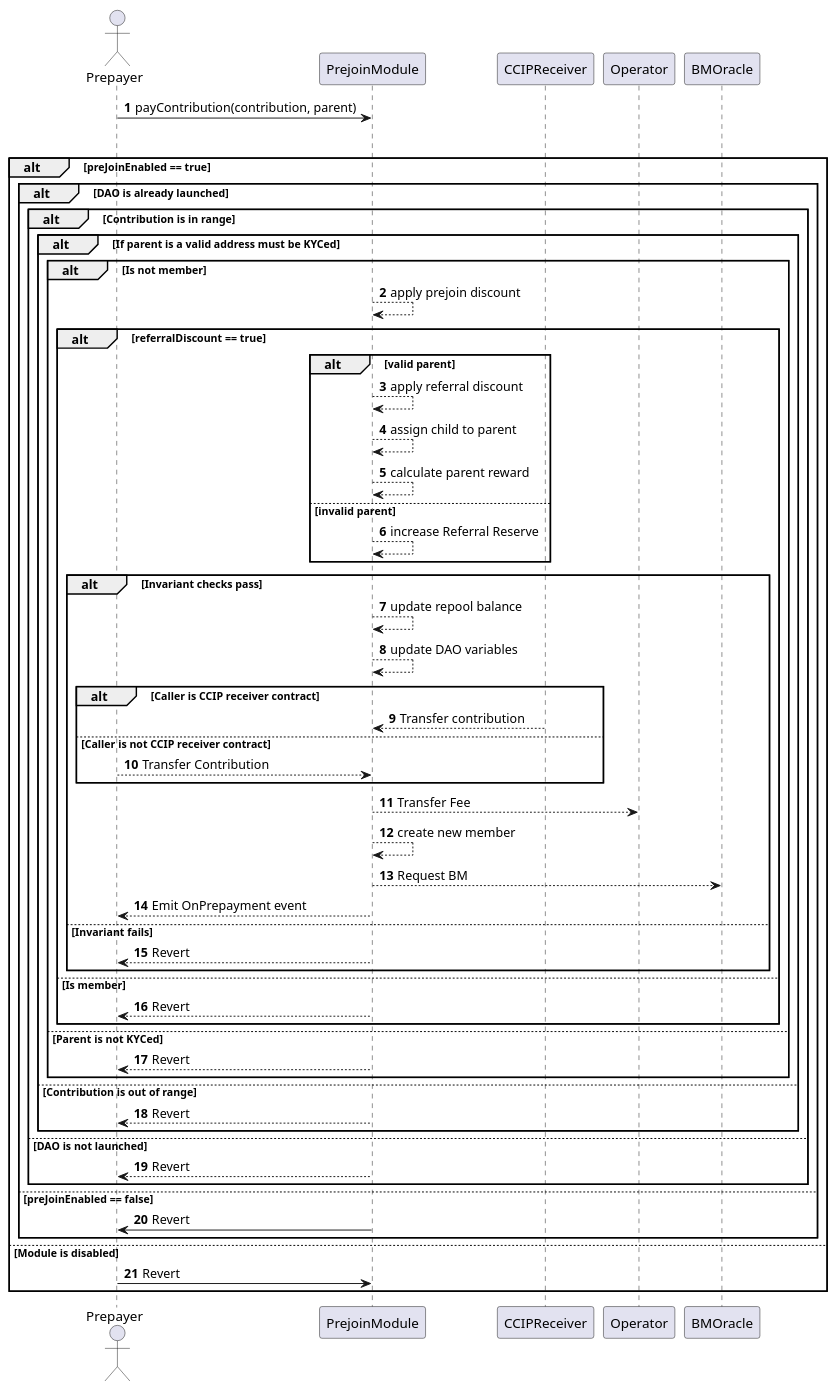
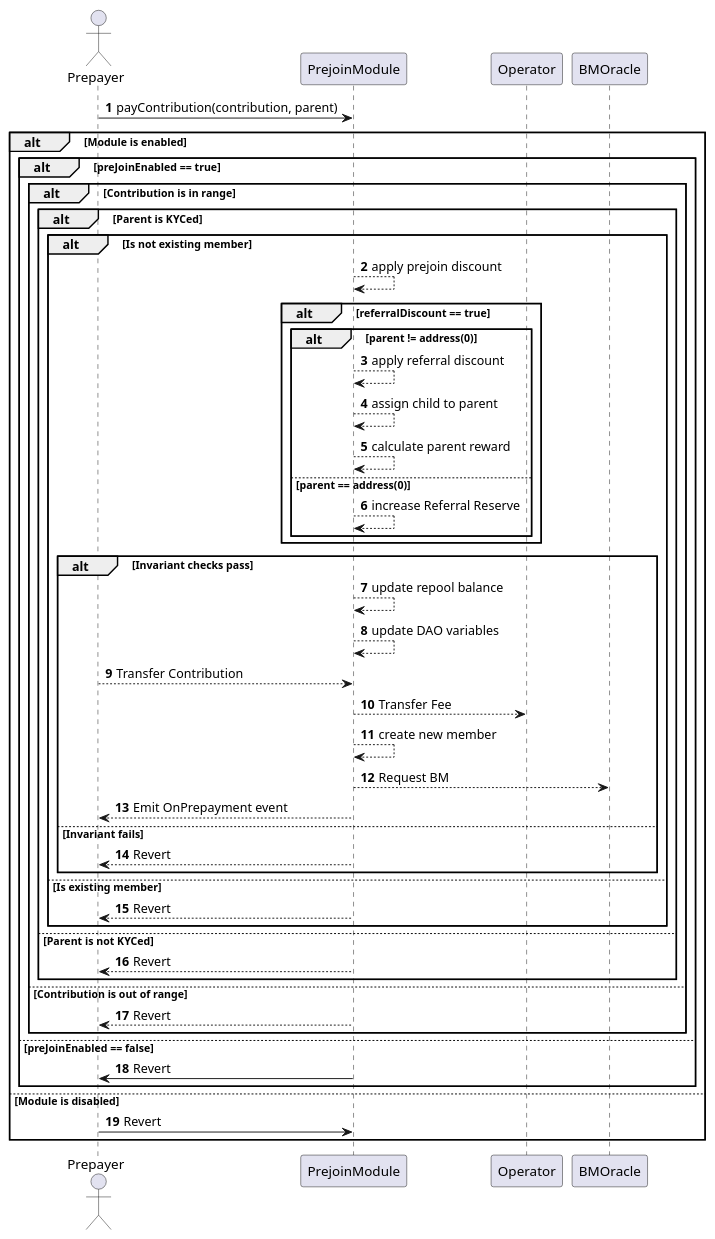
One commit to TakafulDAO/takasure.sc changed the diagram in docs/sequence_diagrams/PrejoinModule/02-payments-no-coupon.puml. Above: the diagram before and after it, drawn with PlantUML.

Commit message:
revise: fix diagram

```diff
--- a/docs/sequence_diagrams/PrejoinModule/02-payments-no-coupon.puml
+++ b/docs/sequence_diagrams/PrejoinModule/02-payments-no-coupon.puml
@@ -1,69 +1,59 @@
 @startuml Payments without coupon
 autonumber
 
 actor Prepayer
 
 Prepayer -> PrejoinModule: payContribution(contribution, parent)
 
 alt Module is enabled
     alt preJoinEnabled == true
-        alt DAO is already launched
-            alt Contribution is in range
-                alt If parent is a valid address must be KYCed
-                    alt Is not member
+        alt Contribution is in range
+            alt Parent is KYCed
+                alt Is not existing member
 
-                        PrejoinModule --> PrejoinModule: apply prejoin discount
+                    PrejoinModule --> PrejoinModule: apply prejoin discount
 
-                        alt referralDiscount == true                
-                            alt valid parent
-                                PrejoinModule --> PrejoinModule: apply referral discount
-                                PrejoinModule --> PrejoinModule: assign child to parent
-                                PrejoinModule --> PrejoinModule: calculate parent reward
-                            else invalid parent
-                                PrejoinModule --> PrejoinModule: increase Referral Reserve
-                            end
-
-                        alt Invariant checks pass
-                            PrejoinModule --> PrejoinModule: update repool balance
-                            PrejoinModule --> PrejoinModule: update DAO variables
-
-                            alt Caller is CCIP receiver contract
-                                CCIPReceiver --> PrejoinModule: Transfer contribution
-                            else Caller is not CCIP receiver contract
-                                Prepayer --> PrejoinModule: Transfer Contribution
-                            end
-
-                            PrejoinModule --> Operator: Transfer Fee
-                            PrejoinModule --> PrejoinModule: create new member
-                            PrejoinModule --> BMOracle: Request BM
-                            PrejoinModule --> Prepayer: Emit OnPrepayment event
-
-                        else Invariant fails
-                            PrejoinModule --> Prepayer: Revert
+                    alt referralDiscount == true                
+                        alt parent != address(0)
+                            PrejoinModule --> PrejoinModule: apply referral discount
+                            PrejoinModule --> PrejoinModule: assign child to parent
+                            PrejoinModule --> PrejoinModule: calculate parent reward
+                        else parent == address(0)
+                            PrejoinModule --> PrejoinModule: increase Referral Reserve
                         end
-
-                    else Is member
-                        PrejoinModule --> Prepayer: Revert
                     end
 
-                else Parent is not KYCed
+                    alt Invariant checks pass
+                        PrejoinModule --> PrejoinModule: update repool balance
+                        PrejoinModule --> PrejoinModule: update DAO variables
+                        Prepayer --> PrejoinModule: Transfer Contribution
+                        PrejoinModule --> Operator: Transfer Fee
+                        PrejoinModule --> PrejoinModule: create new member
+                        PrejoinModule --> BMOracle: Request BM
+                        PrejoinModule --> Prepayer: Emit OnPrepayment event
+
+                    else Invariant fails
+                            PrejoinModule --> Prepayer: Revert
+                    end
+
+                else Is existing member
                     PrejoinModule --> Prepayer: Revert
                 end
 
-            else Contribution is out of range
+            else Parent is not KYCed
                 PrejoinModule --> Prepayer: Revert
             end
 
-        else DAO is not launched
+        else Contribution is out of range
             PrejoinModule --> Prepayer: Revert
         end
 
     else preJoinEnabled == false
         PrejoinModule -> Prepayer: Revert
     end
 
 else Module is disabled
     Prepayer -> PrejoinModule: Revert
 end
 
 @enduml    
```
